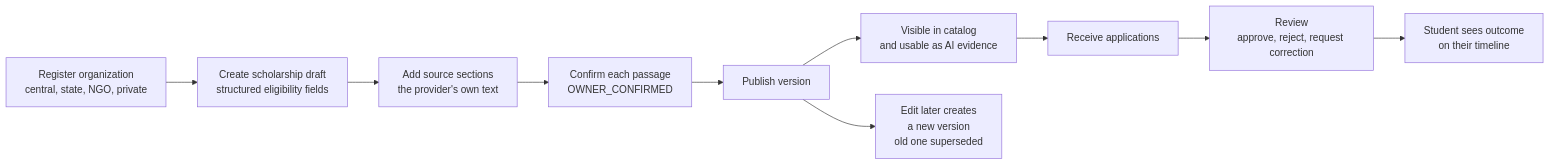
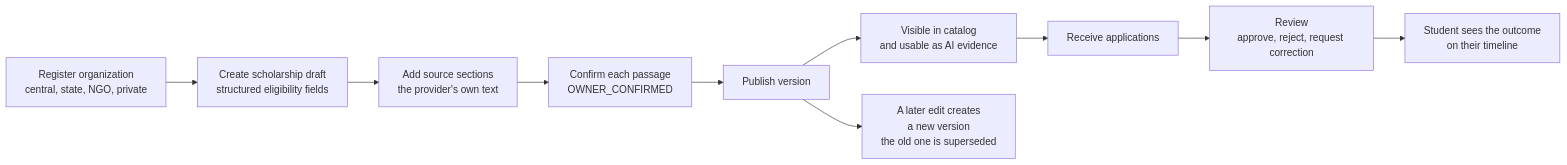
One commit to 23110572-hash/Scholarsaathi changed the sixth of 8 diagrams in README.md. Above: the diagram before and after it, drawn with Mermaid. The commit also changed other lines of this file, not shown here.

````diff
--- a/README.md
+++ b/README.md
@@ -256,12 +362,12 @@
 ```mermaid
 flowchart LR
     A["Register organization<br/>central, state, NGO, private"] --> B["Create scholarship draft<br/>structured eligibility fields"]
     B --> C["Add source sections<br/>the provider's own text"]
     C --> D["Confirm each passage<br/>OWNER_CONFIRMED"]
     D --> E["Publish version"]
     E --> F["Visible in catalog<br/>and usable as AI evidence"]
     F --> G["Receive applications"]
     G --> H["Review<br/>approve, reject, request correction"]
-    H --> I["Student sees outcome<br/>on their timeline"]
-    E --> J["Edit later creates<br/>a new version<br/>old one superseded"]
+    H --> I["Student sees the outcome<br/>on their timeline"]
+    E --> J["A later edit creates<br/>a new version<br/>the old one is superseded"]
 ```
````
